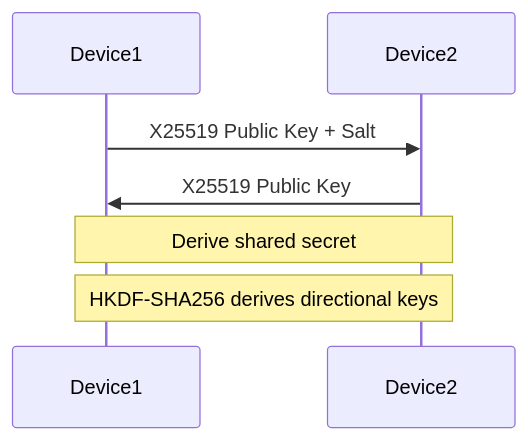
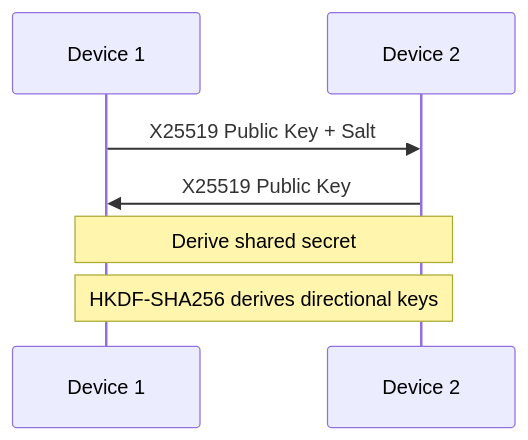
The first of 2 diagrams in README.md (hayk-20-a/network_hw), drawn with Mermaid before and after one commit. The commit also changed other lines of this file, not shown here.

````diff
--- a/README.md
+++ b/README.md
@@ -220,10 +43,10 @@
 ```mermaid
 sequenceDiagram
-    participant D1 as Device1
-    participant D2 as Device2
+    participant D1 as Device 1
+    participant D2 as Device 2
 
     D1->>D2: X25519 Public Key + Salt
     D2->>D1: X25519 Public Key
     Note over D1,D2: Derive shared secret
     Note over D1,D2: HKDF-SHA256 derives directional keys
 ```
````
